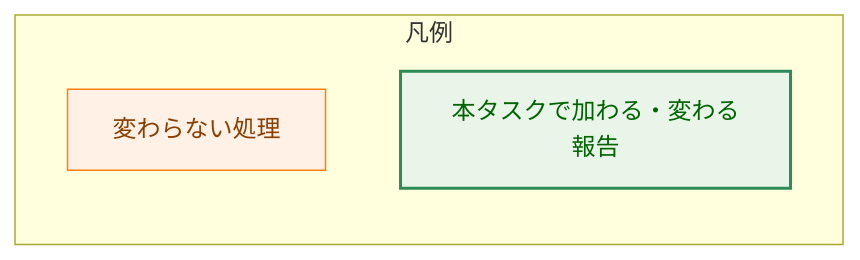
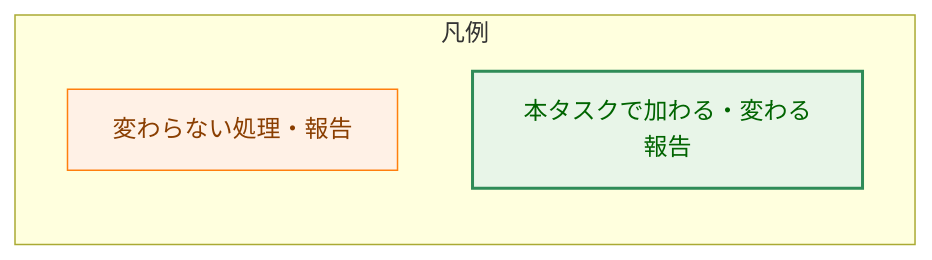
Before and after one commit to isseis/yt2column: the sixth of 7 diagrams in docs/tasks/0037_runpr_merge_recommendation/02_architecture.md, drawn with Mermaid. The commit also changed other lines of this file, not shown here.

First line of the commit message:
docs(0037): address the architecture review and improve Japanese prose

````diff
--- a/docs/tasks/0037_runpr_merge_recommendation/02_architecture.md
+++ b/docs/tasks/0037_runpr_merge_recommendation/02_architecture.md
@@ -183,11 +186,11 @@
 ```mermaid
 flowchart LR
     classDef process fill:#fff1e6,stroke:#ff7f0e,stroke-width:1px,color:#8a3e00;
     classDef enhanced fill:#e8f5e8,stroke:#2e8b57,stroke-width:2px,color:#006400;
     subgraph Legend["凡例"]
-        L1["変わらない処理"]
+        L1["変わらない処理・報告"]
         L2["本タスクで加わる・変わる報告"]
     end
     class L1 process
     class L2 enhanced
 ```
````
